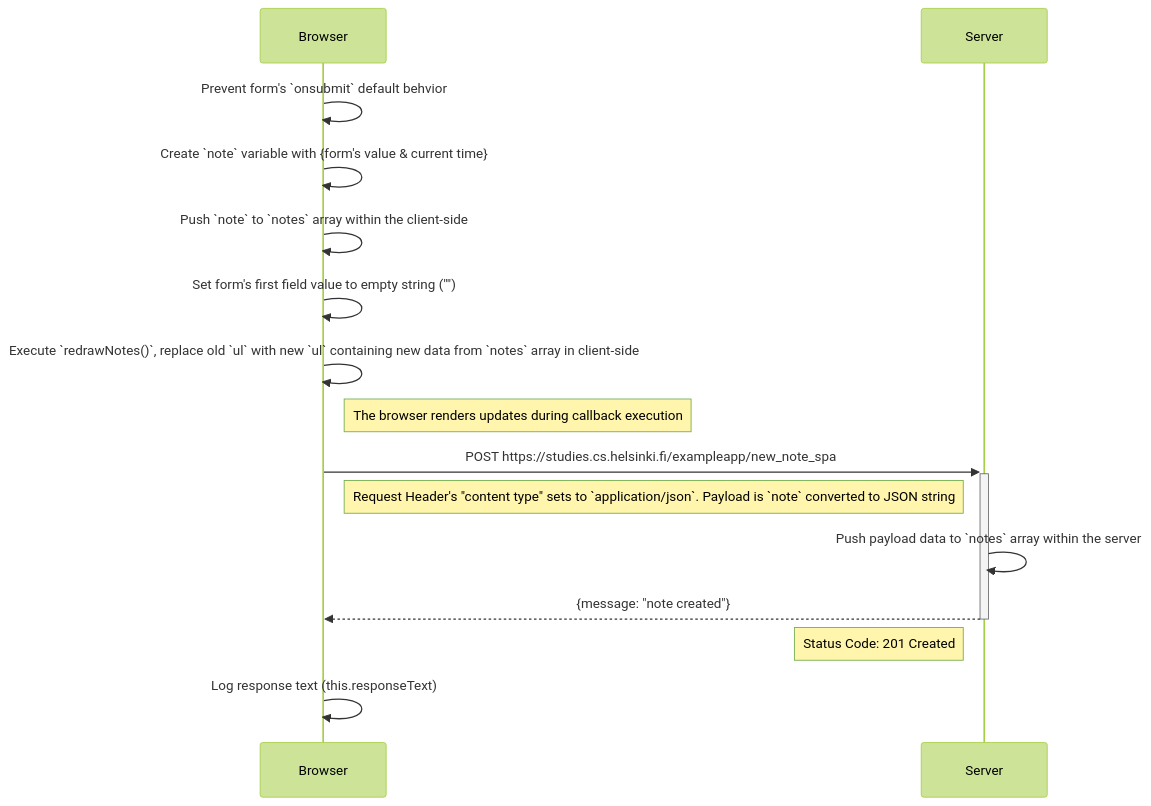
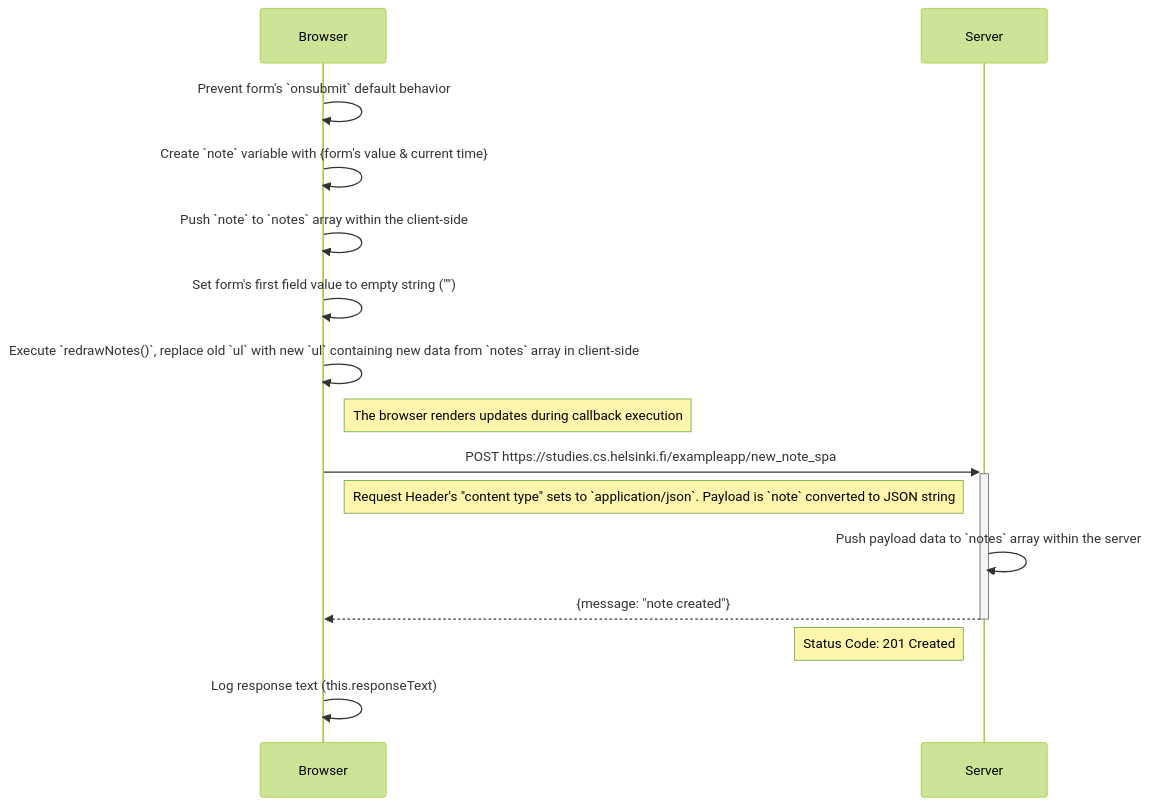
Before and after one commit to ricky-kiva/fs-web-fundamentals-fso: the diagram in 0.6/user_create_note_spa.md, drawn with Mermaid (forest theme).

Commit message:
refactor(0.6): fix small typo

````diff
--- a/0.6/user_create_note_spa.md
+++ b/0.6/user_create_note_spa.md
@@ -1,20 +1,20 @@
 ``` mermaid
 sequenceDiagram
   participant b as Browser
   participant s as Server
 
-  b ->> b: Prevent form's `onsubmit` default behvior
+  b ->> b: Prevent form's `onsubmit` default behavior
   b ->> b: Create `note` variable with {form's value & current time}
   b ->> b: Push `note` to `notes` array within the client-side
   b ->> b: Set form's first field value to empty string ("")
   b ->> b: Execute `redrawNotes()`, replace old `ul` with new `ul` containing new data from `notes` array in client-side
   Note right of b: The browser renders updates during callback execution
 
   b ->>+ s: POST https://studies.cs.helsinki.fi/exampleapp/new_note_spa
   Note right of b: Request Header's "content type" sets to `application/json`. Payload is `note` converted to JSON string
   s ->> s: Push payload data to `notes` array within the server
   s -->>- b: {message: "note created"}
   Note left of s: Status Code: 201 Created
 
   b ->> b: Log response text (this.responseText)
 ```
````
